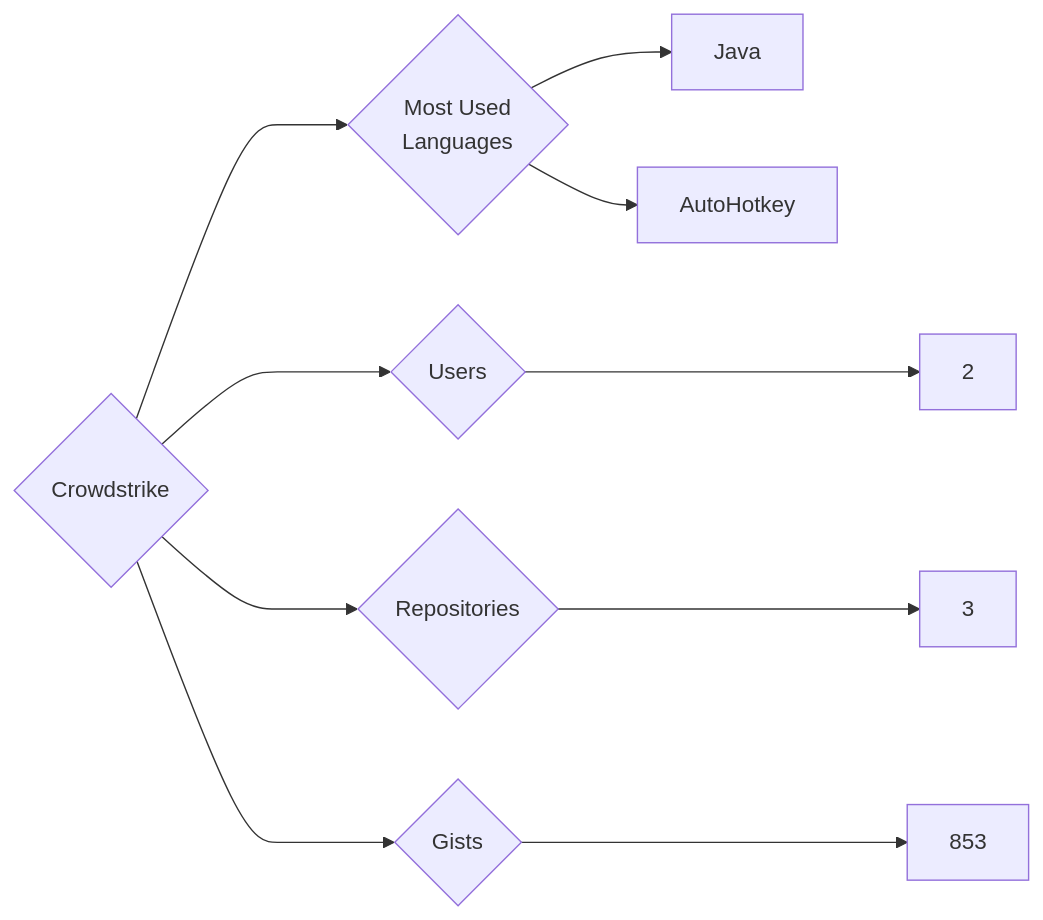
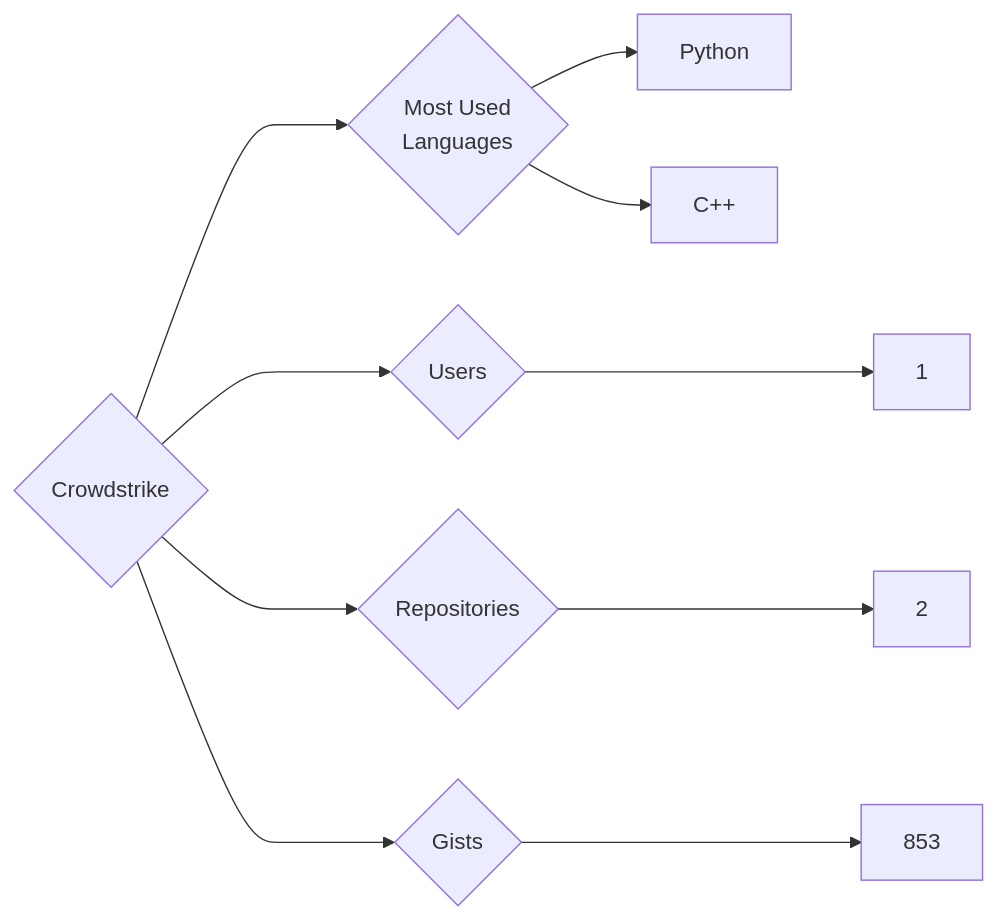
One commit to trickest/insiders changed the diagram in targets/Crowdstrike/README.md. Above: the diagram before and after it, drawn with Mermaid. The commit also changed 815 other files, not shown here.

````diff
--- a/targets/Crowdstrike/README.md
+++ b/targets/Crowdstrike/README.md
@@ -3,10 +3,10 @@
 ```mermaid
 graph LR
 COMPANY_NAME{Crowdstrike}
-COMPANY_NAME ---> U{Users} ---> UN[2]
-COMPANY_NAME ---> R{Repositories} ---> RN[3]
+COMPANY_NAME ---> U{Users} ---> UN[1]
+COMPANY_NAME ---> R{Repositories} ---> RN[2]
 COMPANY_NAME ---> G{Gists} ---> GN[853]
 COMPANY_NAME ---> ML{Most Used<br>Languages}
-ML --> Java[Java]
-ML --> AutoHotkey[AutoHotkey]
+ML --> Python[Python]
+ML --> C++[C++]
 ```
````
